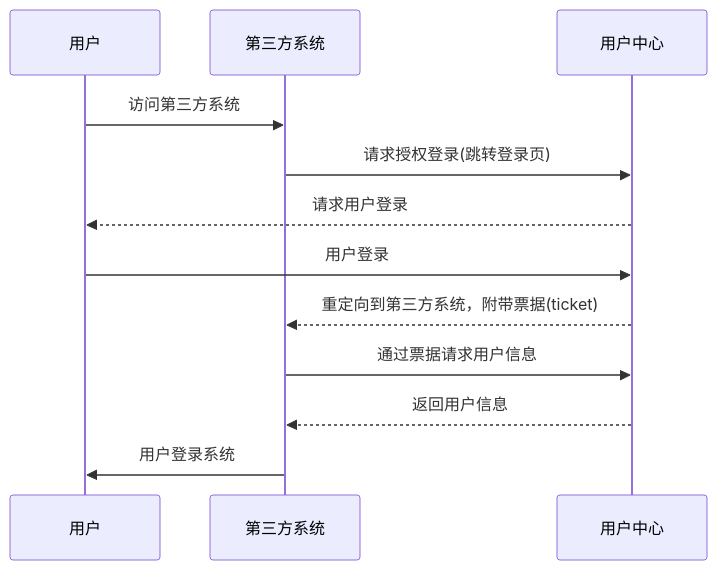
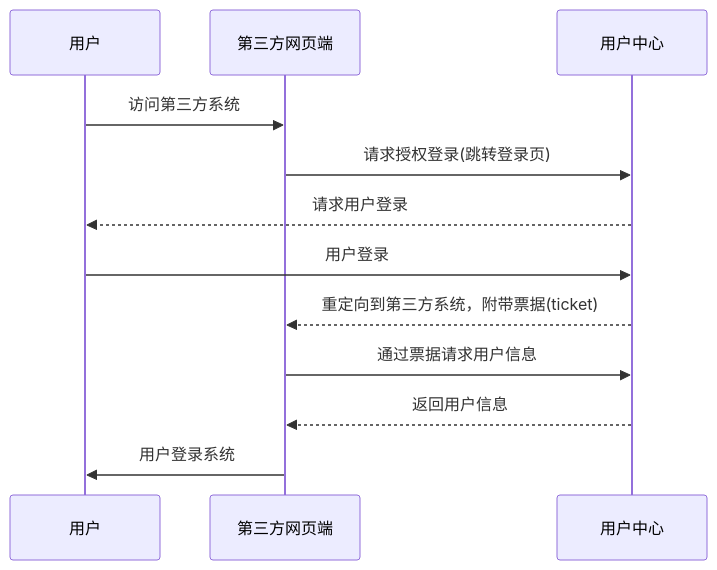
Before and after one commit to zhaochewisdom/DocumentCenter: the diagram in sso/pc.md, drawn with Mermaid. The commit also changed other lines of this file and 3 other files, not shown here.

````diff
--- a/sso/pc.md
+++ b/sso/pc.md
@@ -5,12 +5,12 @@
 ```mermaid
 %% Example of sequence diagram
   sequenceDiagram
-    用户->>第三方系统: 访问第三方系统
-    第三方系统->>用户中心: 请求授权登录(跳转登录页)
+    用户->>第三方网页端: 访问第三方系统
+    第三方网页端->>用户中心: 请求授权登录(跳转登录页)
     用户中心-->>用户: 请求用户登录
     用户->>用户中心: 用户登录
-    用户中心-->>第三方系统: 重定向到第三方系统，附带票据(ticket)
-    第三方系统->>用户中心: 通过票据请求用户信息
-    用户中心-->>第三方系统: 返回用户信息
-    第三方系统->>用户: 用户登录系统
+    用户中心-->>第三方网页端: 重定向到第三方系统，附带票据(ticket)
+    第三方网页端->>用户中心: 通过票据请求用户信息
+    用户中心-->>第三方网页端: 返回用户信息
+    第三方网页端->>用户: 用户登录系统
 ```
````
